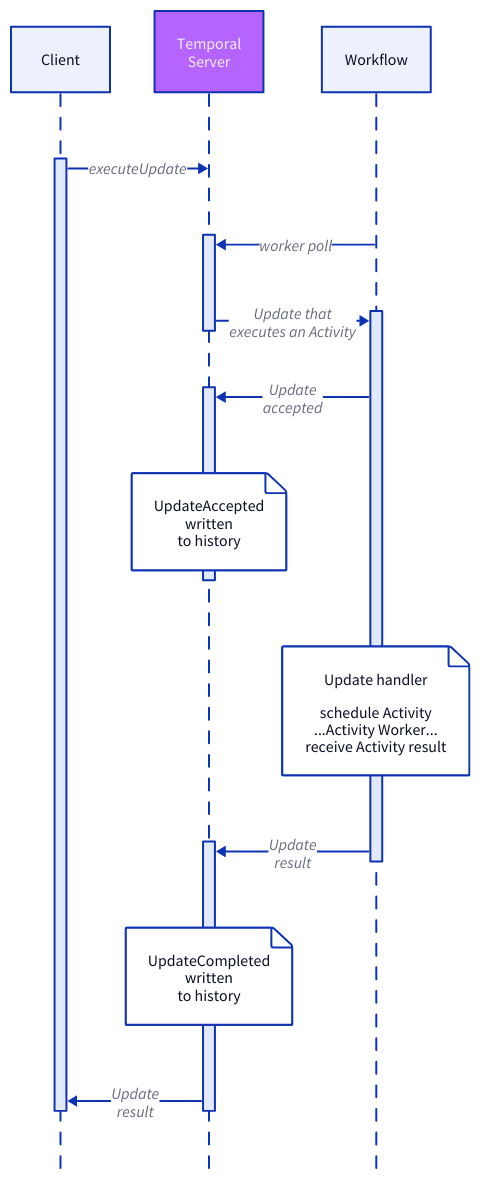
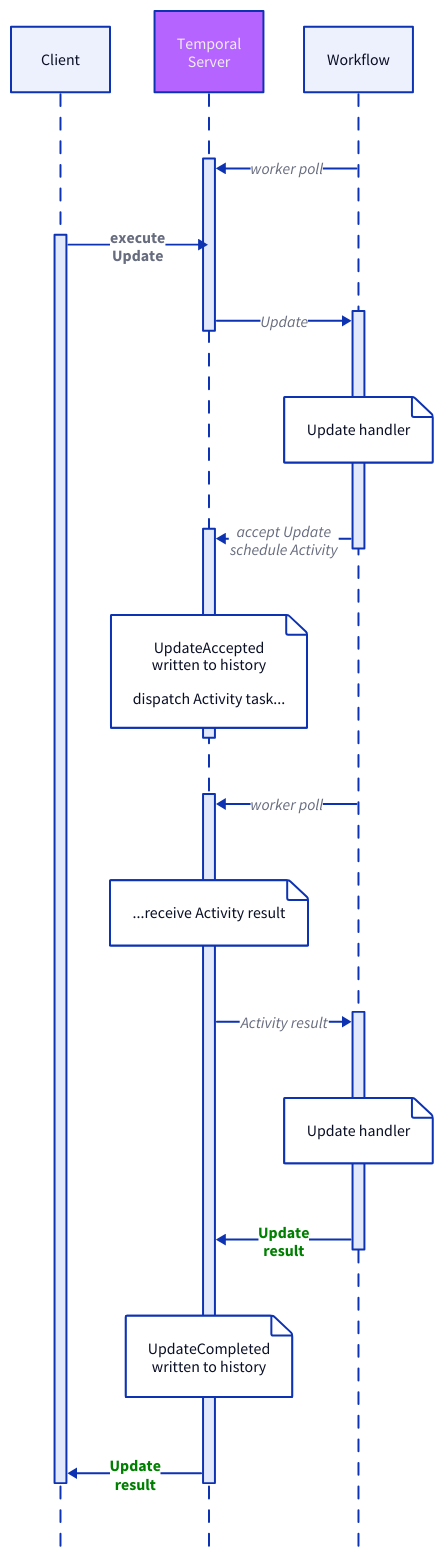
Before and after one commit to dandavison/temporalio-notes: the diagram in diagrams/update-blog-update-execute.d2, drawn with D2. The commit also changed 6 other files, not shown here.

Commit message:
blog post diagrams

```diff
--- a/diagrams/update-blog-update-execute.d2
+++ b/diagrams/update-blog-update-execute.d2
@@ -1,25 +1,37 @@
 shape: sequence_diagram
 
 C: {
   label: Client
 }
 S: {
   label: Temporal\nServer
 }
 W: {
   label: Workflow
 }
 S.style: {
   fill: "#B664FF"
   font-color: "#EEEEEE"
 }
 
-C.1 -> S: executeUpdate
 W -> S.1: worker poll
-S.1 -> W.1: Update that\nexecutes an Activity
-W.1 -> S.2: Update\naccepted
-S.2."UpdateAccepted\nwritten\nto history"
-W.1."Update handler\n\nschedule Activity\n...Activity Worker...\nreceive Activity result"
-W.1 -> S.3: Update\nresult
-S.3."UpdateCompleted\nwritten\nto history"
-S.3 -> C.1: Update\nresult
+C.1 -> S: execute\nUpdate {
+  style.bold: true
+}
+S.1 -> W.1: Update
+W.1."Update handler"
+W.1 -> S.2: accept Update\nschedule Activity
+S.2."UpdateAccepted\nwritten to history\n\ndispatch Activity task..."
+W -> S.3: worker poll
+S.3."...receive Activity result"
+S.3 -> W.2: Activity result
+W.2."Update handler"
+W.2 -> S.3: Update\nresult {
+  style.bold: true
+  style.font-color: green
+}
+S.3."UpdateCompleted\nwritten to history"
+S.3 -> C.1: Update\nresult {
+  style.bold: true
+  style.font-color: green
+}
```
